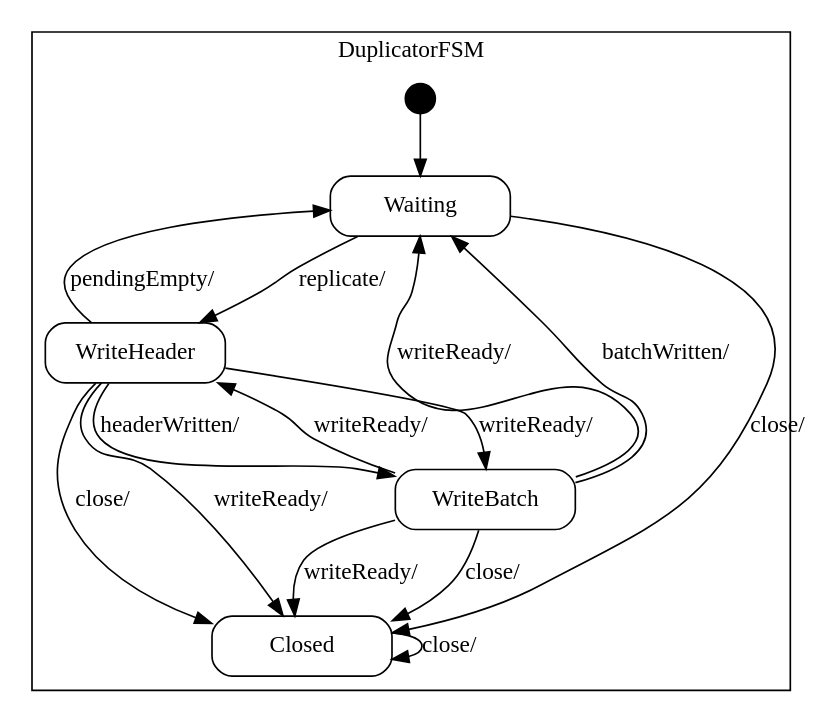
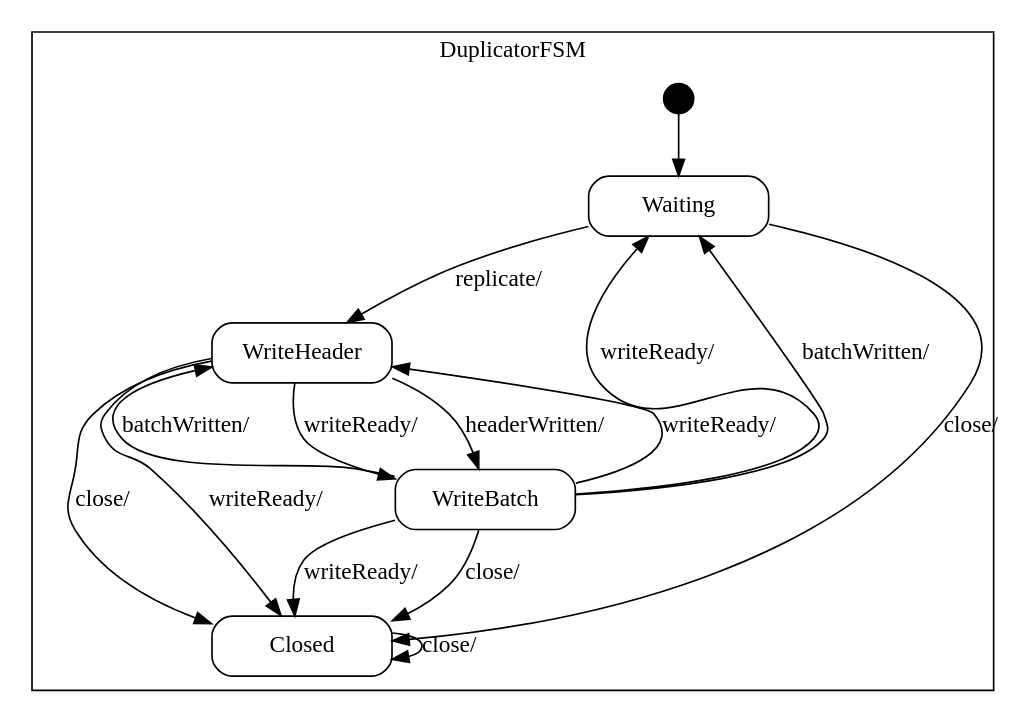
The diagram in spindle/doc/Duplicator_sm.dot (vmehra-sfdc/Ouroboros), drawn with Graphviz before and after one commit. The commit also changed 29 other files, not shown here.

```diff
--- a/spindle/doc/Duplicator_sm.dot
+++ b/spindle/doc/Duplicator_sm.dot
@@ -1,75 +1,75 @@
 digraph Duplicator {
 
     node
         [shape=Mrecord width=1.5];
 
     subgraph cluster_DuplicatorFSM {
 
         label="DuplicatorFSM";
 
         //
         // States (Nodes)
         //
 
         "DuplicatorFSM::Waiting"
             [label="{Waiting}"];
 
         "DuplicatorFSM::WriteHeader"
             [label="{WriteHeader}"];
 
         "DuplicatorFSM::WriteBatch"
             [label="{WriteBatch}"];
 
         "DuplicatorFSM::Closed"
             [label="{Closed}"];
 
         "%start"
             [label="" shape=circle style=filled fillcolor=black width=0.25];
 
         //
         // Transitions (Edges)
         //
 
         "DuplicatorFSM::Waiting" -> "DuplicatorFSM::WriteHeader"
             [label="replicate/\l"];
 
         "DuplicatorFSM::Waiting" -> "DuplicatorFSM::Closed"
             [label="close/\l"];
 
         "DuplicatorFSM::WriteHeader" -> "DuplicatorFSM::Closed"
             [label="writeReady/\l"];
 
         "DuplicatorFSM::WriteHeader" -> "DuplicatorFSM::WriteBatch"
             [label="writeReady/\l"];
 
         "DuplicatorFSM::WriteHeader" -> "DuplicatorFSM::WriteBatch"
             [label="headerWritten/\l"];
 
-        "DuplicatorFSM::WriteHeader" -> "DuplicatorFSM::Waiting"
-            [label="pendingEmpty/\l"];
-
         "DuplicatorFSM::WriteHeader" -> "DuplicatorFSM::Closed"
             [label="close/\l"];
 
         "DuplicatorFSM::WriteBatch" -> "DuplicatorFSM::Closed"
             [label="writeReady/\l"];
 
         "DuplicatorFSM::WriteBatch" -> "DuplicatorFSM::WriteHeader"
             [label="writeReady/\l"];
 
         "DuplicatorFSM::WriteBatch" -> "DuplicatorFSM::Waiting"
             [label="writeReady/\l"];
+
+        "DuplicatorFSM::WriteBatch" -> "DuplicatorFSM::WriteHeader"
+            [label="batchWritten/\l"];
 
         "DuplicatorFSM::WriteBatch" -> "DuplicatorFSM::Waiting"
             [label="batchWritten/\l"];
 
         "DuplicatorFSM::WriteBatch" -> "DuplicatorFSM::Closed"
             [label="close/\l"];
 
         "DuplicatorFSM::Closed" -> "DuplicatorFSM::Closed"
             [label="close/\l"];
 
         "%start" -> "DuplicatorFSM::Waiting"
     }
 
 }
```
